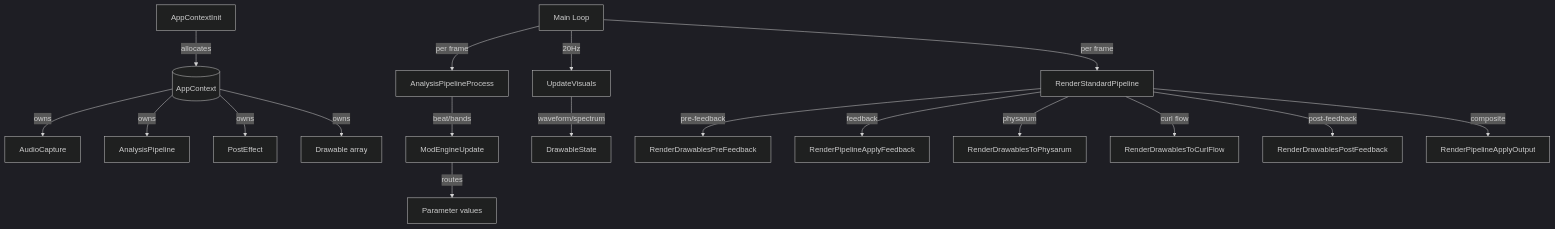
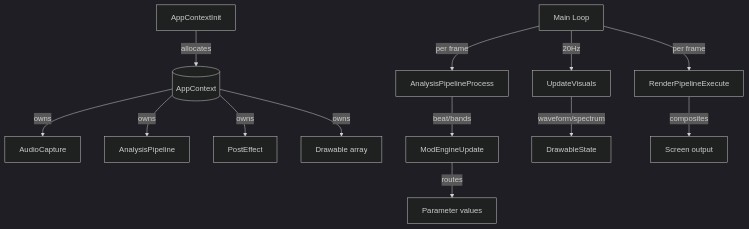
Before and after one commit to EvanLavender13/audio-jones: the diagram in docs/modules/main.md, drawn with Mermaid (dark theme). The commit also changed other lines of this file and 5 other files, not shown here.

First line of the commit message:
Sync architecture docs with Attractor Flow and render pipeline changes

````diff
--- a/docs/modules/main.md
+++ b/docs/modules/main.md
@@ -11,23 +11,18 @@
 ```mermaid
 graph TD
     Init[AppContextInit] -->|allocates| Ctx[(AppContext)]
     Ctx -->|owns| Audio[AudioCapture]
     Ctx -->|owns| Analysis[AnalysisPipeline]
     Ctx -->|owns| Post[PostEffect]
     Ctx -->|owns| Drawables[Drawable array]
 
     Loop[Main Loop] -->|per frame| AudioProc[AnalysisPipelineProcess]
     AudioProc -->|beat/bands| ModUpdate[ModEngineUpdate]
     ModUpdate -->|routes| Params[Parameter values]
 
     Loop -->|20Hz| Visuals[UpdateVisuals]
     Visuals -->|waveform/spectrum| DrawState[DrawableState]
 
-    Loop -->|per frame| Render[RenderStandardPipeline]
-    Render -->|pre-feedback| PreDraw[RenderDrawablesPreFeedback]
-    Render -->|feedback| Feedback[RenderPipelineApplyFeedback]
-    Render -->|physarum| PhysarumDraw[RenderDrawablesToPhysarum]
-    Render -->|curl flow| CurlDraw[RenderDrawablesToCurlFlow]
-    Render -->|post-feedback| PostDraw[RenderDrawablesPostFeedback]
-    Render -->|composite| Output[RenderPipelineApplyOutput]
+    Loop -->|per frame| Render[RenderPipelineExecute]
+    Render -->|composites| Output[Screen output]
 ```
````
